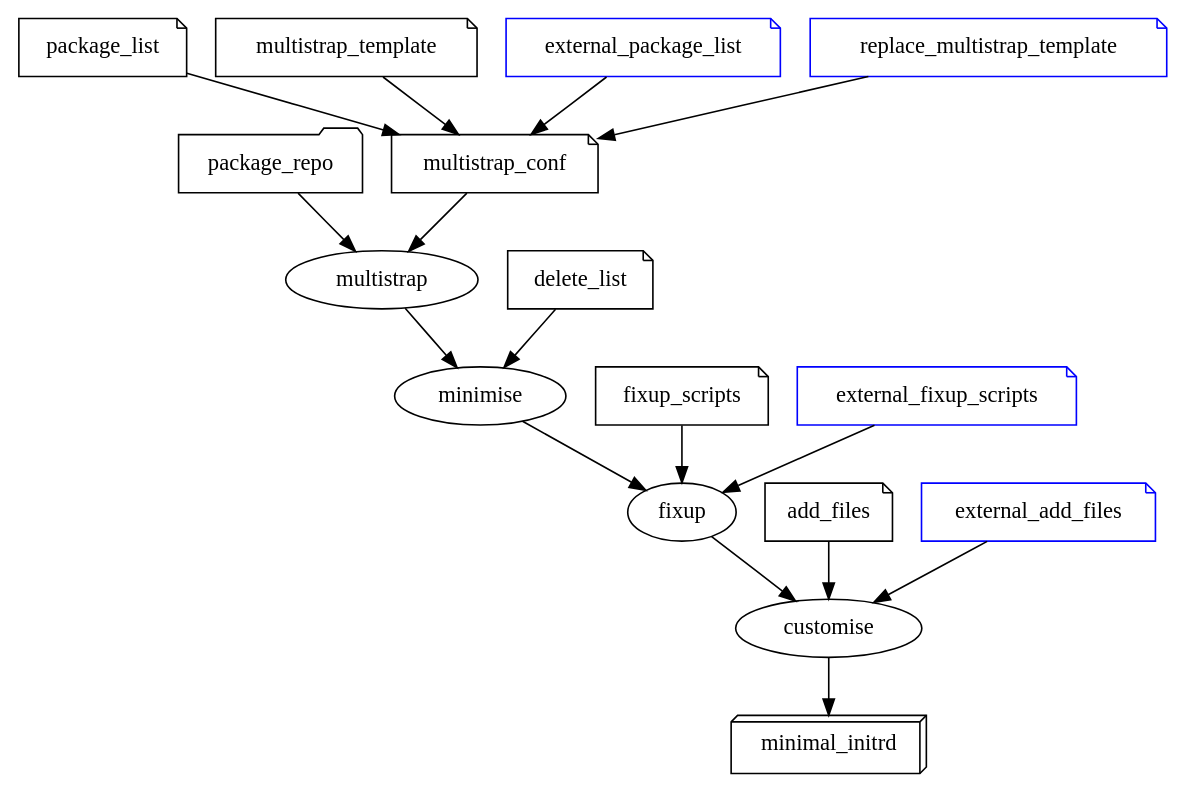
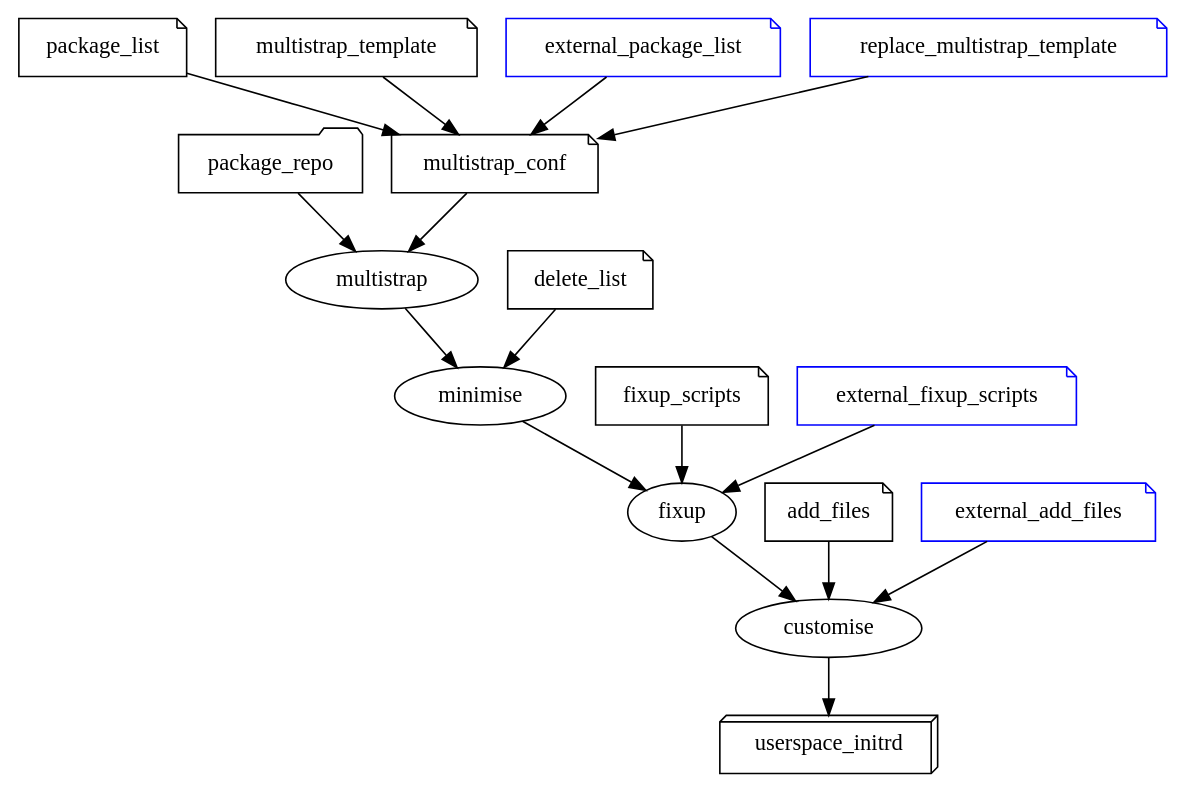
The diagram in docs/debian_minimal_builder.dot (tomeshnet/mesh-orange), drawn with Graphviz before and after one commit. The commit also changed 1 other file, not shown here.

Commit message:
Rename the debian initrd box - it is the userspace for the build outputs

```diff
--- a/docs/debian_minimal_builder.dot
+++ b/docs/debian_minimal_builder.dot
@@ -1,36 +1,36 @@
 #
 # Outline how the build process works
 #
 
 digraph g{
     package_repo [shape=folder];
     package_list [shape=note];
     multistrap_template [shape=note];
     multistrap_conf [shape=note];
     delete_list [shape=note];
     fixup_scripts [shape=note];
     add_files [shape=note];
-    minimal_initrd [shape=box3d];
+    userspace_initrd [shape=box3d];
 
     package_repo -> multistrap -> minimise -> fixup -> customise;
 
     multistrap_template -> multistrap_conf;
     package_list -> multistrap_conf;
     multistrap_conf -> multistrap;
     delete_list -> minimise;
     fixup_scripts -> fixup;
     add_files -> customise;
 
-    customise -> minimal_initrd;
+    customise -> userspace_initrd;
 
     external_package_list [shape=note color=blue];
     replace_multistrap_template [shape=note color=blue];
     external_fixup_scripts [shape=note color=blue];
     external_add_files [shape=note color=blue];
 
     external_package_list -> multistrap_conf;
     replace_multistrap_template -> multistrap_conf;
     external_fixup_scripts -> fixup;
     external_add_files -> customise;
     
 }
```
